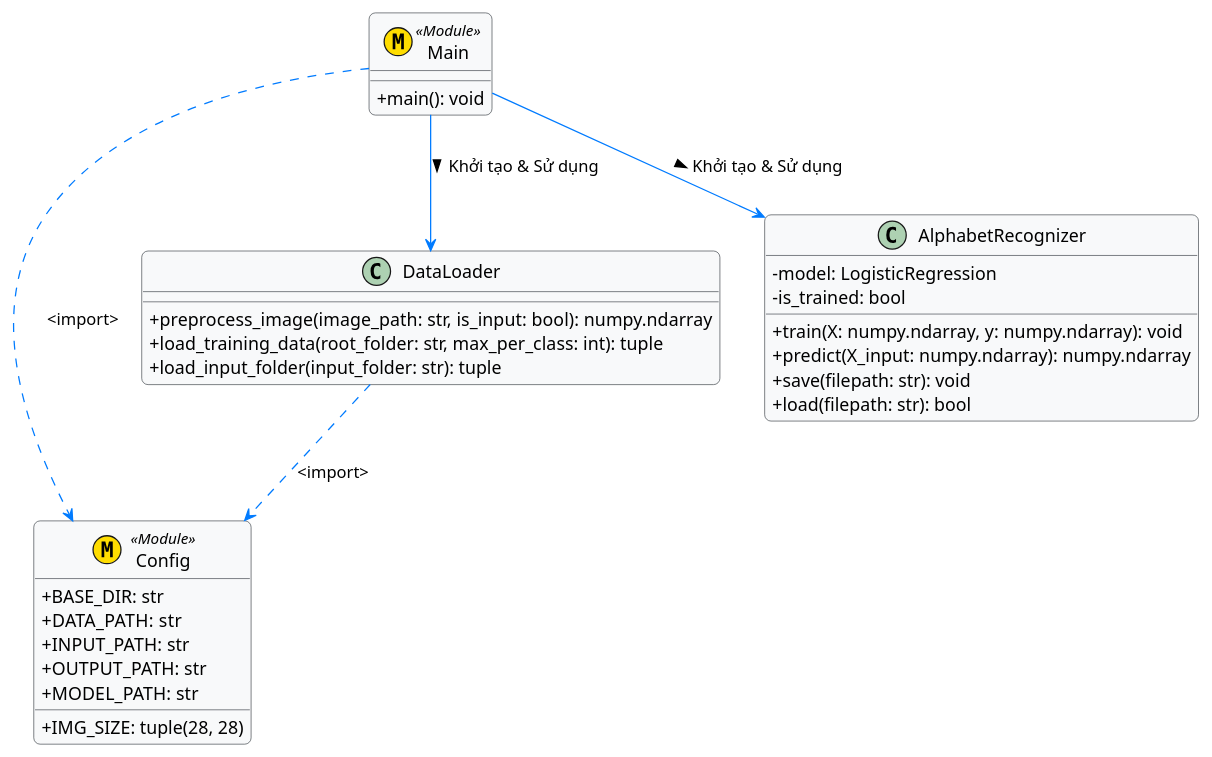
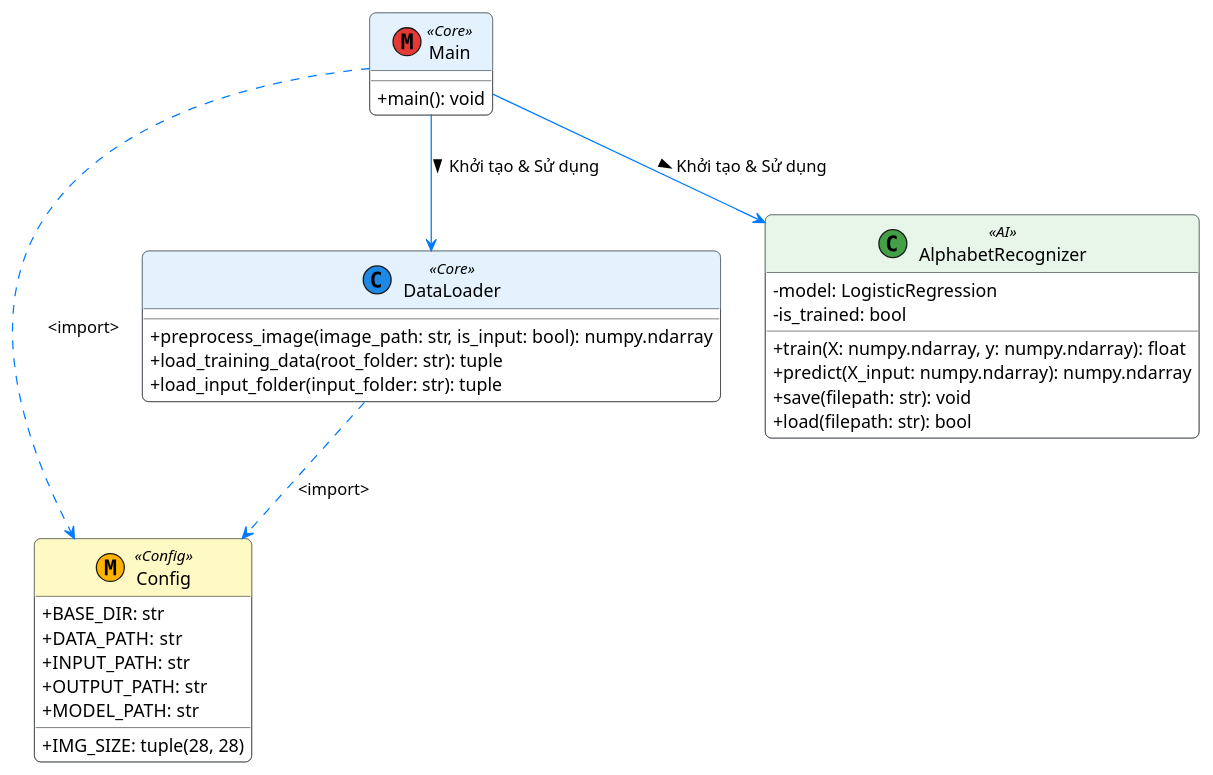
The diagram in Diagram/ClassDiagram.pu (DucAnh1302/Alphabet-Recognition), drawn with PlantUML before and after one commit. The commit also changed 7 other files, not shown here.

Commit message:
update diagram for project and add 4 MainTest support to presentation

```diff
--- a/Diagram/ClassDiagram.pu
+++ b/Diagram/ClassDiagram.pu
@@ -1,42 +1,48 @@
 @startuml ClassDiagram
 skinparam classAttributeIconSize 0
 skinparam roundcorner 10
+skinparam defaultFontName Arial
+
 skinparam class {
-    BackgroundColor #F8F9FA
+    BackgroundColor #FFFFFF
     BorderColor #343A40
     ArrowColor #007BFF
+    
+    HeaderBackgroundColor<<Config>> #FFF9C4
+    HeaderBackgroundColor<<Core>> #E3F2FD
+    HeaderBackgroundColor<<AI>> #E8F5E9
 }
 
-class Config << (M, #FFDD00) Module >> {
+class Config << (M, #FFB300) Config >> {
     + IMG_SIZE: tuple(28, 28)
     + BASE_DIR: str
     + DATA_PATH: str
     + INPUT_PATH: str
     + OUTPUT_PATH: str
     + MODEL_PATH: str
 }
 
-class DataLoader {
+class DataLoader << (C, #1E88E5) Core >> {
     + preprocess_image(image_path: str, is_input: bool): numpy.ndarray
-    + load_training_data(root_folder: str, max_per_class: int): tuple
+    + load_training_data(root_folder: str): tuple
     + load_input_folder(input_folder: str): tuple
 }
 
-class AlphabetRecognizer {
+class AlphabetRecognizer << (C, #43A047) AI >> {
     - model: LogisticRegression
     - is_trained: bool
-    + train(X: numpy.ndarray, y: numpy.ndarray): void
+    + train(X: numpy.ndarray, y: numpy.ndarray): float
     + predict(X_input: numpy.ndarray): numpy.ndarray
     + save(filepath: str): void
     + load(filepath: str): bool
 }
 
-class Main << (M, #FFDD00) Module >> {
+class Main << (M, #E53935) Core >> {
     + main(): void
 }
 
 Main --> DataLoader : Khởi tạo & Sử dụng >
 Main --> AlphabetRecognizer : Khởi tạo & Sử dụng >
 DataLoader ..> Config : <import>
 Main ..> Config : <import>
 @enduml
```
